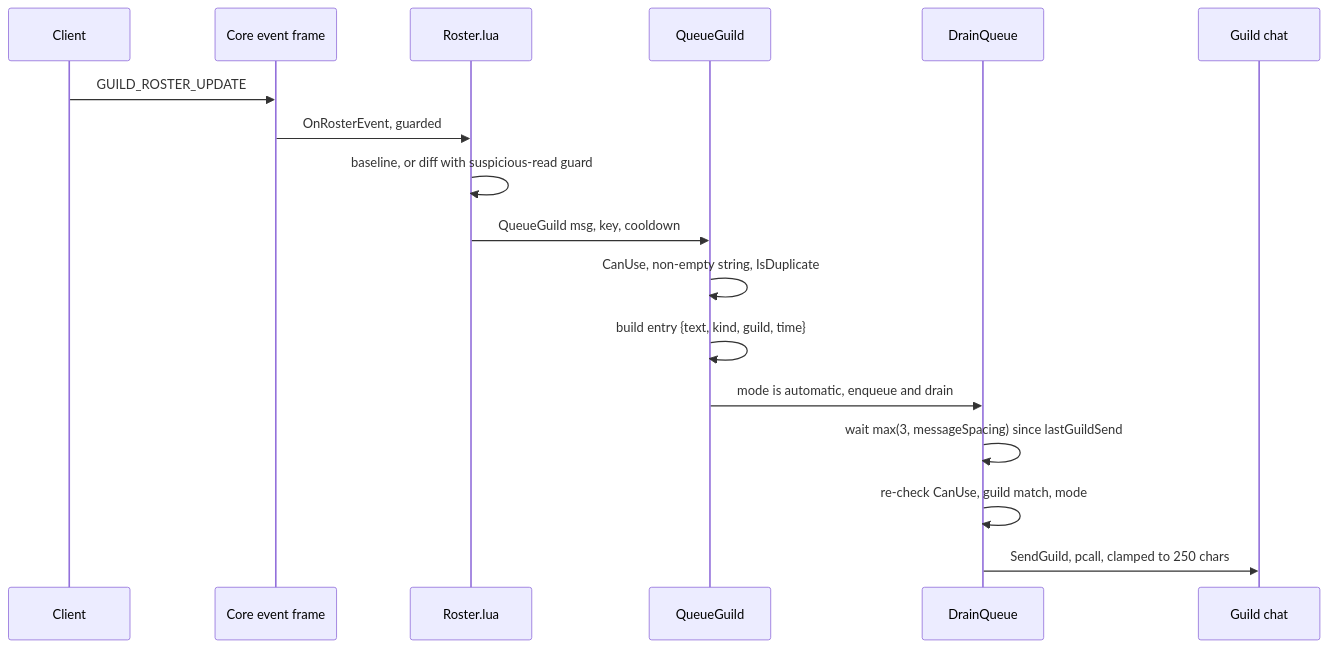
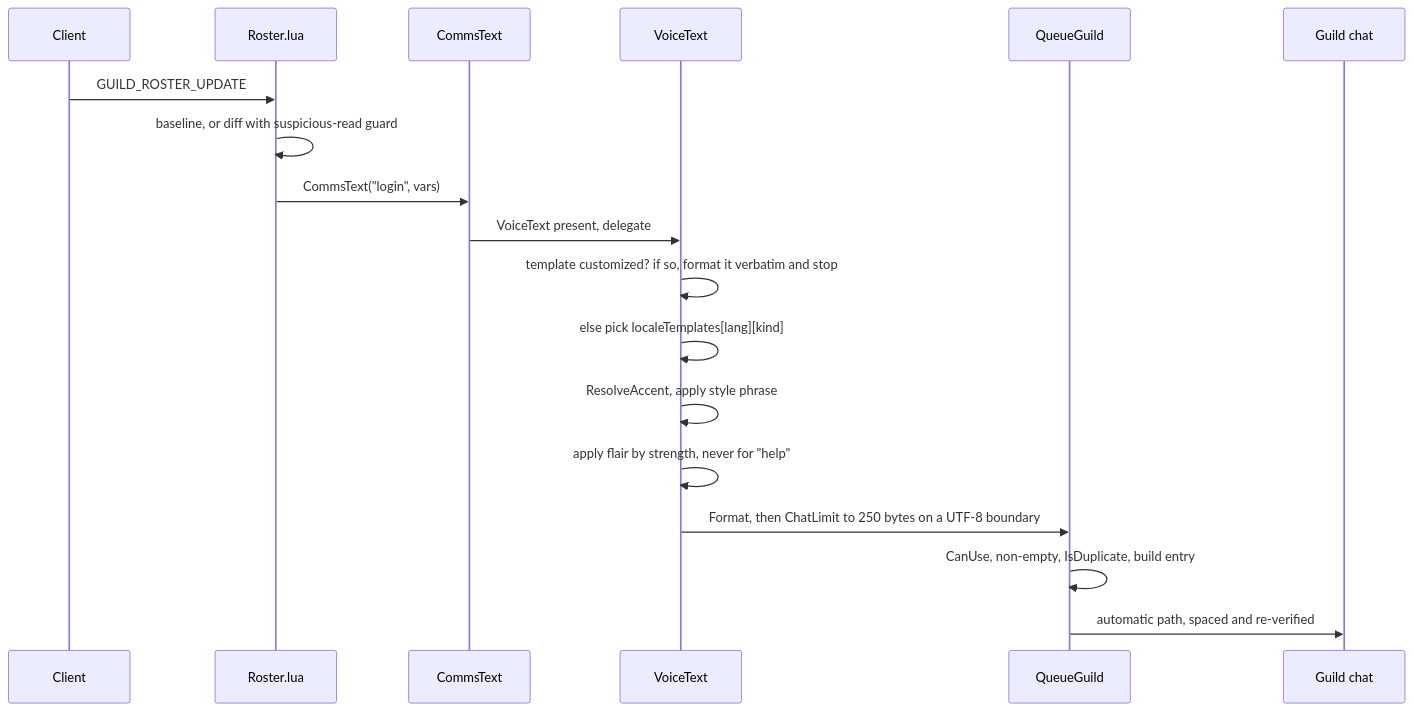
Before and after one commit to mreillyorg/ForeverGuildComms: the second of 5 diagrams in aidlc-docs/inception/reverse-engineering/architecture.md, drawn with Mermaid. The commit also changed other lines of this file and 22 other files, not shown here.

````diff
--- a/aidlc-docs/inception/reverse-engineering/architecture.md
+++ b/aidlc-docs/inception/reverse-engineering/architecture.md
@@ -281,20 +277,21 @@
 ```mermaid
 sequenceDiagram
     participant C as Client
-    participant E as Core event frame
     participant R as Roster.lua
+    participant X as CommsText
+    participant V as VoiceText
     participant Q as QueueGuild
-    participant D as DrainQueue
     participant G as Guild chat
 
-    C->>E: GUILD_ROSTER_UPDATE
-    E->>R: OnRosterEvent, guarded
+    C->>R: GUILD_ROSTER_UPDATE
     R->>R: baseline, or diff with suspicious-read guard
-    R->>Q: QueueGuild msg, key, cooldown
-    Q->>Q: CanUse, non-empty string, IsDuplicate
-    Q->>Q: build entry {text, kind, guild, time}
-    Q->>D: mode is automatic, enqueue and drain
-    D->>D: wait max(3, messageSpacing) since lastGuildSend
-    D->>D: re-check CanUse, guild match, mode
-    D->>G: SendGuild, pcall, clamped to 250 chars
+    R->>X: CommsText("login", vars)
+    X->>V: VoiceText present, delegate
+    V->>V: template customized? if so, format it verbatim and stop
+    V->>V: else pick localeTemplates[lang][kind]
+    V->>V: ResolveAccent, apply style phrase
+    V->>V: apply flair by strength, never for "help"
+    V->>Q: Format, then ChatLimit to 250 bytes on a UTF-8 boundary
+    Q->>Q: CanUse, non-empty, IsDuplicate, build entry
+    Q->>G: automatic path, spaced and re-verified
 ```
````
